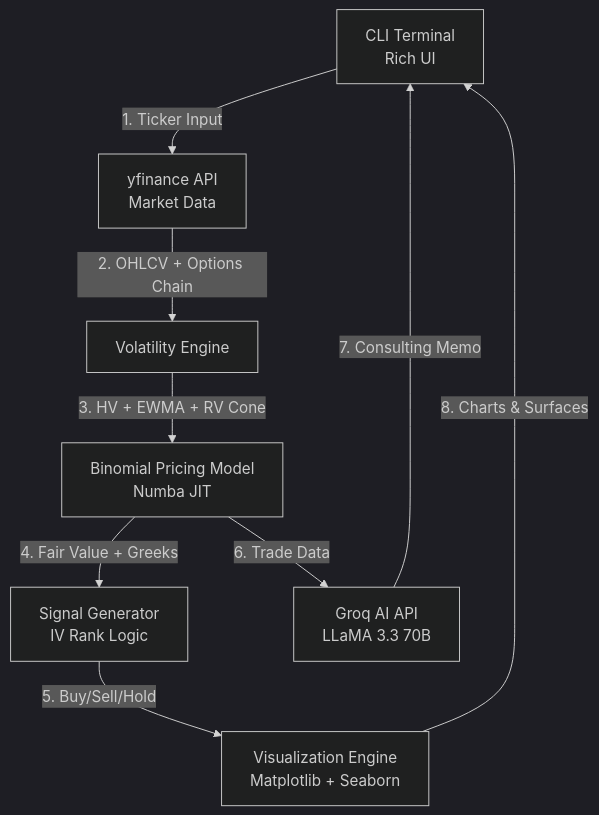
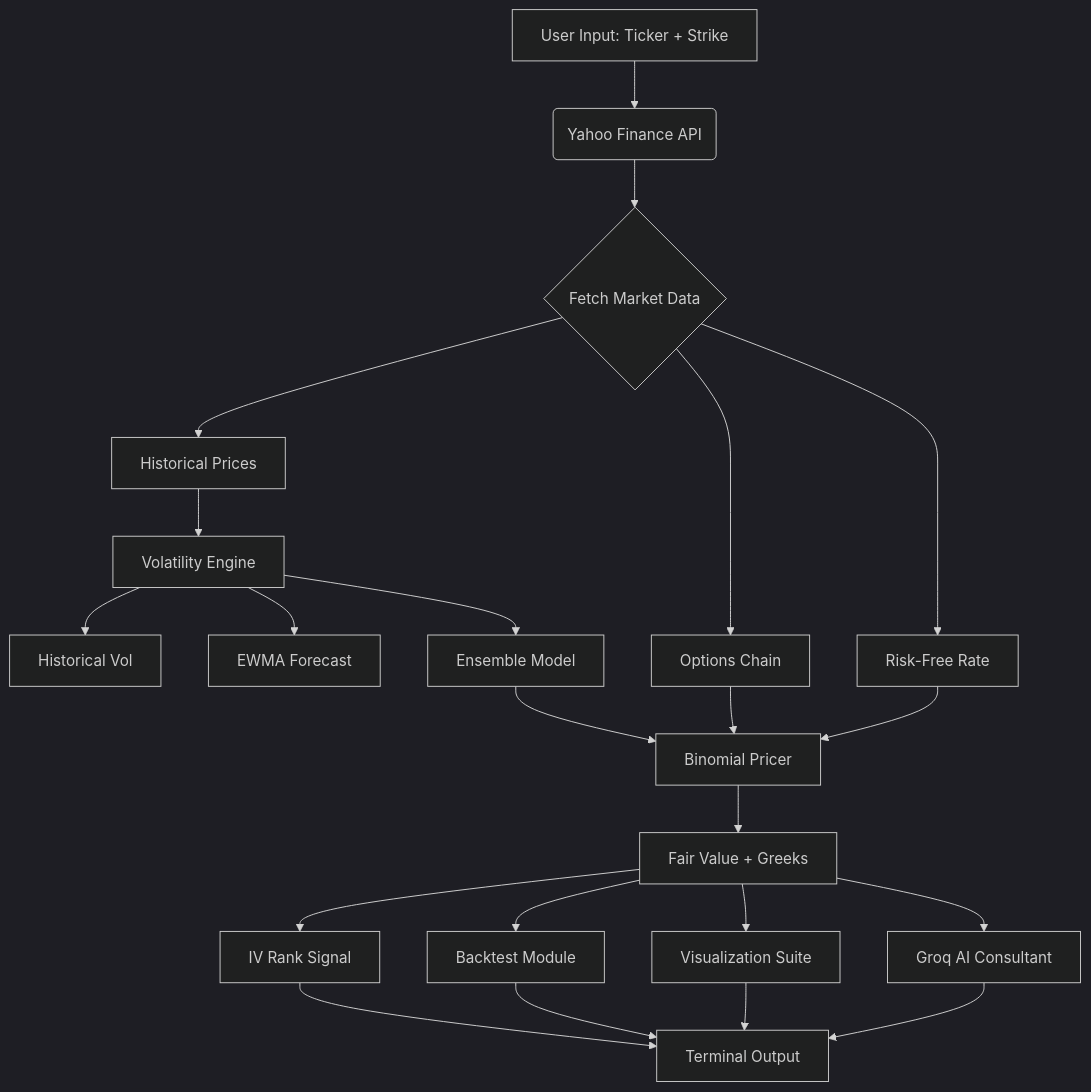
The diagram in README.md (wizardwithcodehazard/OptionsPricingModel_QuantDevs), drawn with Mermaid (dark theme) before and after one commit. The commit also changed other lines of this file and 1 other file, not shown here.

````diff
--- a/README.md
+++ b/README.md
@@ -48,11 +46,28 @@
 ```mermaid
 graph TB
-    A[CLI Terminal<br/>Rich UI] -->|1. Ticker Input| B[yfinance API<br/>Market Data]
-    B -->|2. OHLCV + Options Chain| C[Volatility Engine]
-    C -->|3. HV + EWMA + RV Cone| D[Binomial Pricing Model<br/>Numba JIT]
-    D -->|4. Fair Value + Greeks| E[Signal Generator<br/>IV Rank Logic]
-    E -->|5. Buy/Sell/Hold| F[Visualization Engine<br/>Matplotlib + Seaborn]
-    D -->|6. Trade Data| G[Groq AI API<br/>LLaMA 3.3 70B]
-    G -->|7. Consulting Memo| A
-    F -->|8. Charts & Surfaces| A
+    A[User Input: Ticker + Strike] --> B(Yahoo Finance API)
+    B --> C{Fetch Market Data}
+    C --> D[Historical Prices]
+    C --> E[Options Chain]
+    C --> F[Risk-Free Rate]
+
+    D --> G[Volatility Engine]
+    G --> H[Historical Vol]
+    G --> I[EWMA Forecast]
+    G --> J[Ensemble Model]
+
+    J --> K[Binomial Pricer]
+    E --> K
+    F --> K
+
+    K --> L[Fair Value + Greeks]
+    L --> M[IV Rank Signal]
+    L --> N[Backtest Module]
+    L --> O[Visualization Suite]
+    L --> P[Groq AI Consultant]
+
+    M --> Q[Terminal Output]
+    N --> Q
+    O --> Q
+    P --> Q
 ```
````
